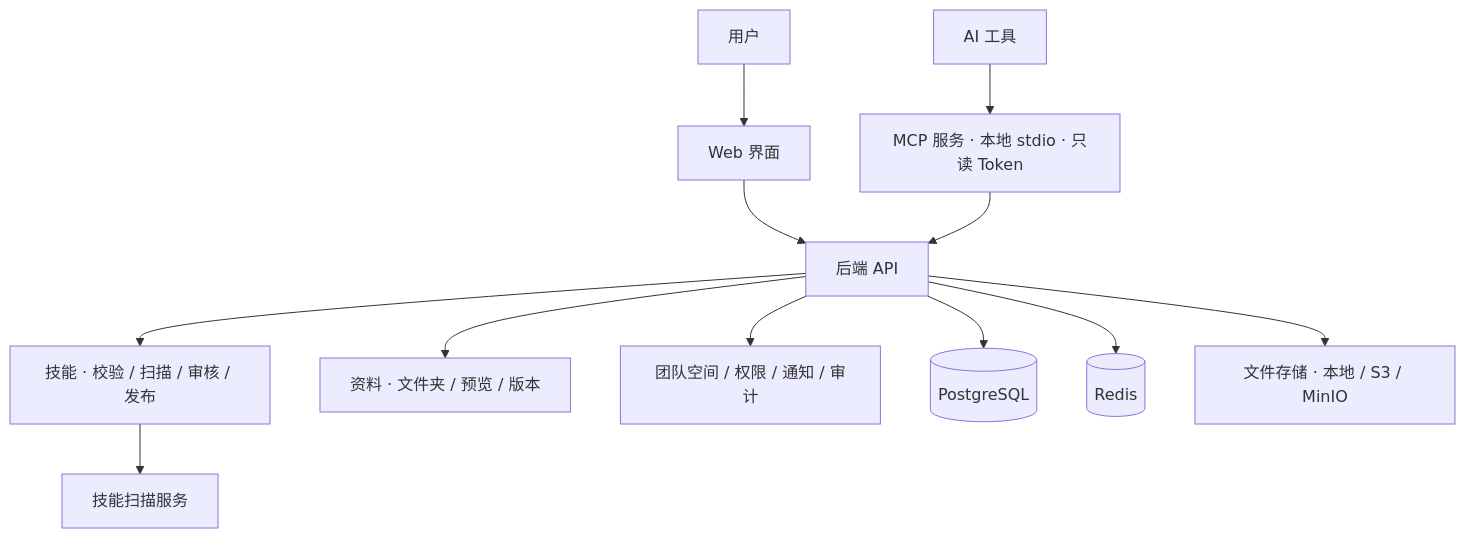
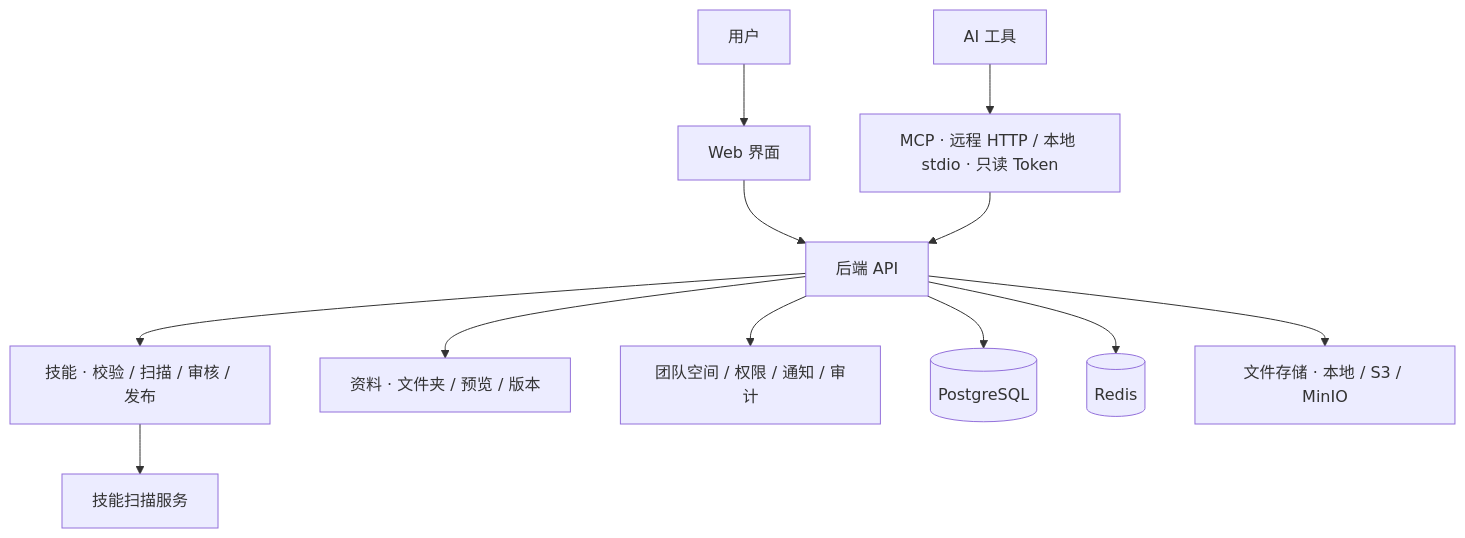
One commit to kun001/skillhive changed the second of 2 diagrams in README.md. Above: the diagram before and after it, drawn with Mermaid. The commit also changed other lines of this file and 55 other files, not shown here.

````diff
--- a/README.md
+++ b/README.md
@@ -250,13 +279,13 @@
 ```mermaid
 flowchart TB
     User[用户] --> Web[Web 界面]
     Web --> API[后端 API]
-    AI[AI 工具] --> MCP[MCP 服务 · 本地 stdio · 只读 Token] --> API
+    AI[AI 工具] --> MCP[MCP · 远程 HTTP / 本地 stdio · 只读 Token] --> API
     API --> Skill[技能 · 校验 / 扫描 / 审核 / 发布]
     API --> Knowledge[资料 · 文件夹 / 预览 / 版本]
     API --> Governance[团队空间 / 权限 / 通知 / 审计]
     Skill --> Scanner[技能扫描服务]
     API --> DB[(PostgreSQL)]
     API --> Redis[(Redis)]
     API --> Storage[文件存储 · 本地 / S3 / MinIO]
 ```
````
